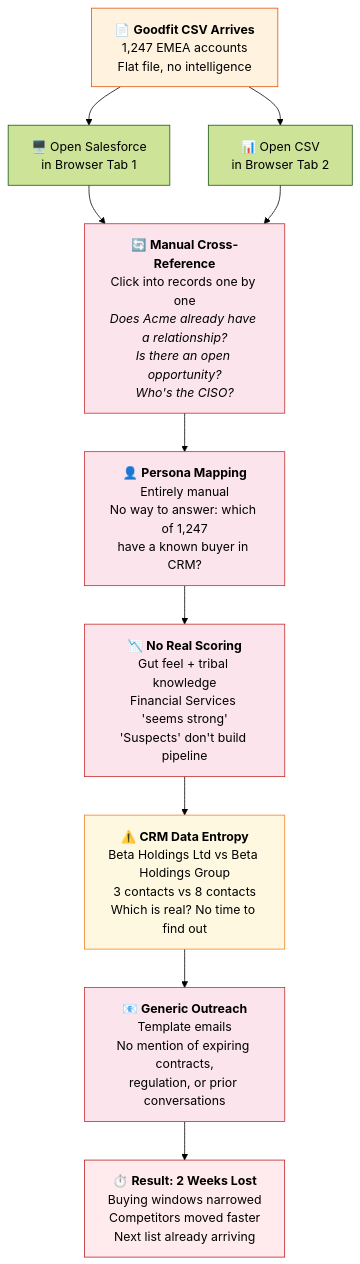
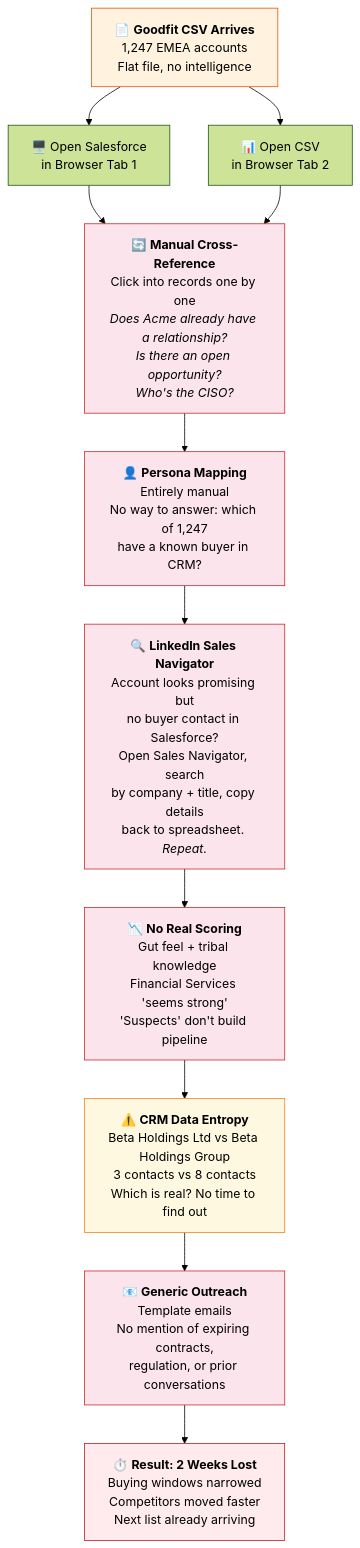
The third of 7 diagrams in docs/Story Diagram — Storytelling Guide.md (ablack34/entrust-companion), drawn with Mermaid (forest theme) before and after one commit. The commit also changed other lines of this file and 6 other files, not shown here.

Commit message:
feat: enhance contact enrichment with LinkedIn Sales Navigator integration for missing contacts

````diff
--- a/docs/Story Diagram — Storytelling Guide.md
+++ b/docs/Story Diagram — Storytelling Guide.md
@@ -81,51 +87,59 @@
 ```mermaid
 flowchart TD
     CSV["`📄 **Goodfit CSV Arrives**
     1,247 EMEA accounts
     Flat file, no intelligence`"]
 
     CSV --> TAB1["`🖥️ Open Salesforce
     in Browser Tab 1`"]
     CSV --> TAB2["`📊 Open CSV
     in Browser Tab 2`"]
 
     TAB1 --> XREF["`🔄 **Manual Cross-Reference**
     Click into records one by one
     _Does Acme already have a relationship?_
     _Is there an open opportunity?_
     _Who's the CISO?_`"]
     TAB2 --> XREF
 
     XREF --> PERSONA["`👤 **Persona Mapping**
     Entirely manual
     No way to answer: which of 1,247
     have a known buyer in CRM?`"]
 
-    PERSONA --> SCORING["`📉 **No Real Scoring**
+    PERSONA --> LINKEDIN["`🔍 **LinkedIn Sales Navigator**
+    Account looks promising but
+    no buyer contact in Salesforce?
+    Open Sales Navigator, search
+    by company + title, copy details
+    back to spreadsheet. _Repeat._`"]
+
+    LINKEDIN --> SCORING["`📉 **No Real Scoring**
     Gut feel + tribal knowledge
     Financial Services 'seems strong'
     'Suspects' don't build pipeline`"]
 
     SCORING --> DUPES["`⚠️ **CRM Data Entropy**
     Beta Holdings Ltd vs Beta Holdings Group
     3 contacts vs 8 contacts
     Which is real? No time to find out`"]
 
     DUPES --> OUTREACH["`📧 **Generic Outreach**
     Template emails
     No mention of expiring contracts,
     regulation, or prior conversations`"]
 
     OUTREACH --> RESULT["`⏱️ **Result: 2 Weeks Lost**
     Buying windows narrowed
     Competitors moved faster
     Next list already arriving`"]
 
     style CSV fill:#fff3e0,stroke:#e65100
     style XREF fill:#fce4ec,stroke:#c62828
     style PERSONA fill:#fce4ec,stroke:#c62828
+    style LINKEDIN fill:#fce4ec,stroke:#c62828
     style SCORING fill:#fce4ec,stroke:#c62828
     style DUPES fill:#fff8e1,stroke:#f57f17
     style OUTREACH fill:#fce4ec,stroke:#c62828
     style RESULT fill:#ffebee,stroke:#b71c1c
 ```
````
